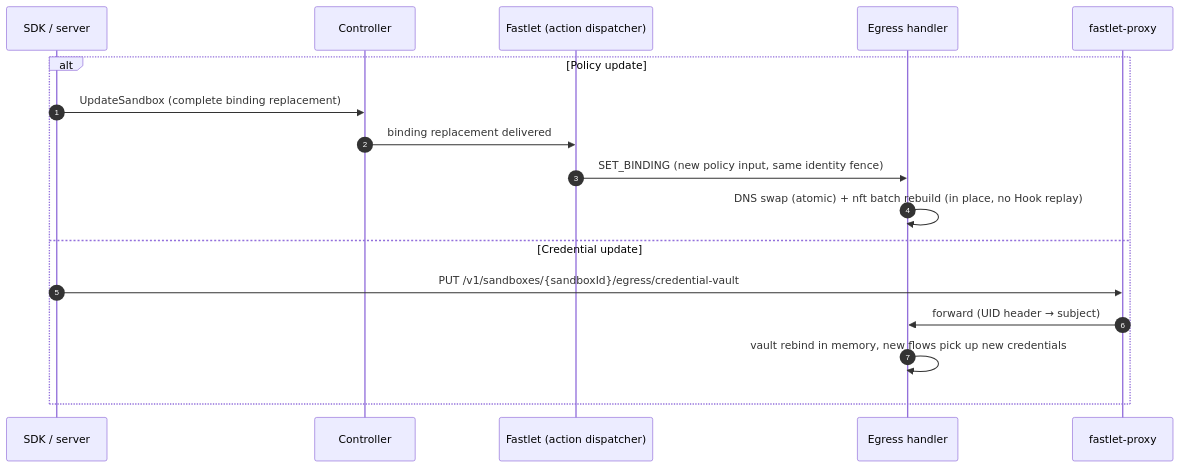
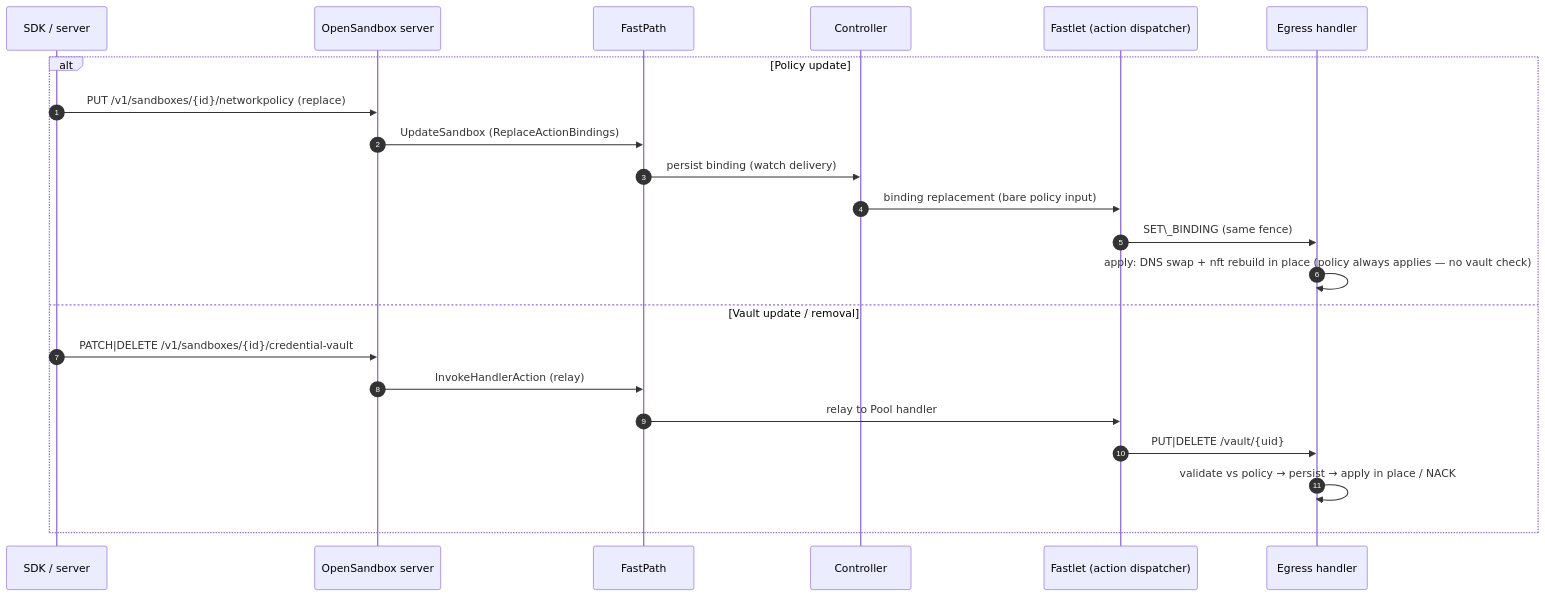
One commit to Bickor/OpenSandbox changed the seventh of 7 diagrams in oseps/0022-multi-sandbox-egress-control-plane.md. Above: the diagram before and after it, drawn with Mermaid. The commit also changed other lines of this file and 2421 other files, not shown here.

````diff
--- a/oseps/0022-multi-sandbox-egress-control-plane.md
+++ b/oseps/0022-multi-sandbox-egress-control-plane.md
@@ -160,20 +299,25 @@
 ```mermaid
 sequenceDiagram
     autonumber
     participant U as SDK / server
+    participant SRV as OpenSandbox server
+    participant FP as FastPath
     participant C as Controller
     participant F as Fastlet (action dispatcher)
     participant E as Egress handler
-    participant P as fastlet-proxy
 
     alt Policy update
-        U->>C: UpdateSandbox (complete binding replacement)
-        C->>F: binding replacement delivered
-        F->>E: SET_BINDING (new policy input, same identity fence)
-        E->>E: DNS swap (atomic) + nft batch rebuild (in place, no Hook replay)
-    else Credential update
-        U->>P: PUT /v1/sandboxes/{sandboxId}/egress/credential-vault
-        P->>E: forward (UID header → subject)
-        E->>E: vault rebind in memory, new flows pick up new credentials
+        U->>SRV: PUT /v1/sandboxes/{id}/networkpolicy (replace)
+        SRV->>FP: UpdateSandbox (ReplaceActionBindings)
+        FP->>C: persist binding (watch delivery)
+        C->>F: binding replacement (bare policy input)
+        F->>E: SET\_BINDING (same fence)
+        E->>E: apply: DNS swap + nft rebuild in place (policy always applies — no vault check)
+    else Vault update / removal
+        U->>SRV: PATCH|DELETE /v1/sandboxes/{id}/credential-vault
+        SRV->>FP: InvokeHandlerAction (relay)
+        FP->>F: relay to Pool handler
+        F->>E: PUT|DELETE /vault/{uid}
+        E->>E: validate vs policy → persist → apply in place / NACK
     end
 ```
````
